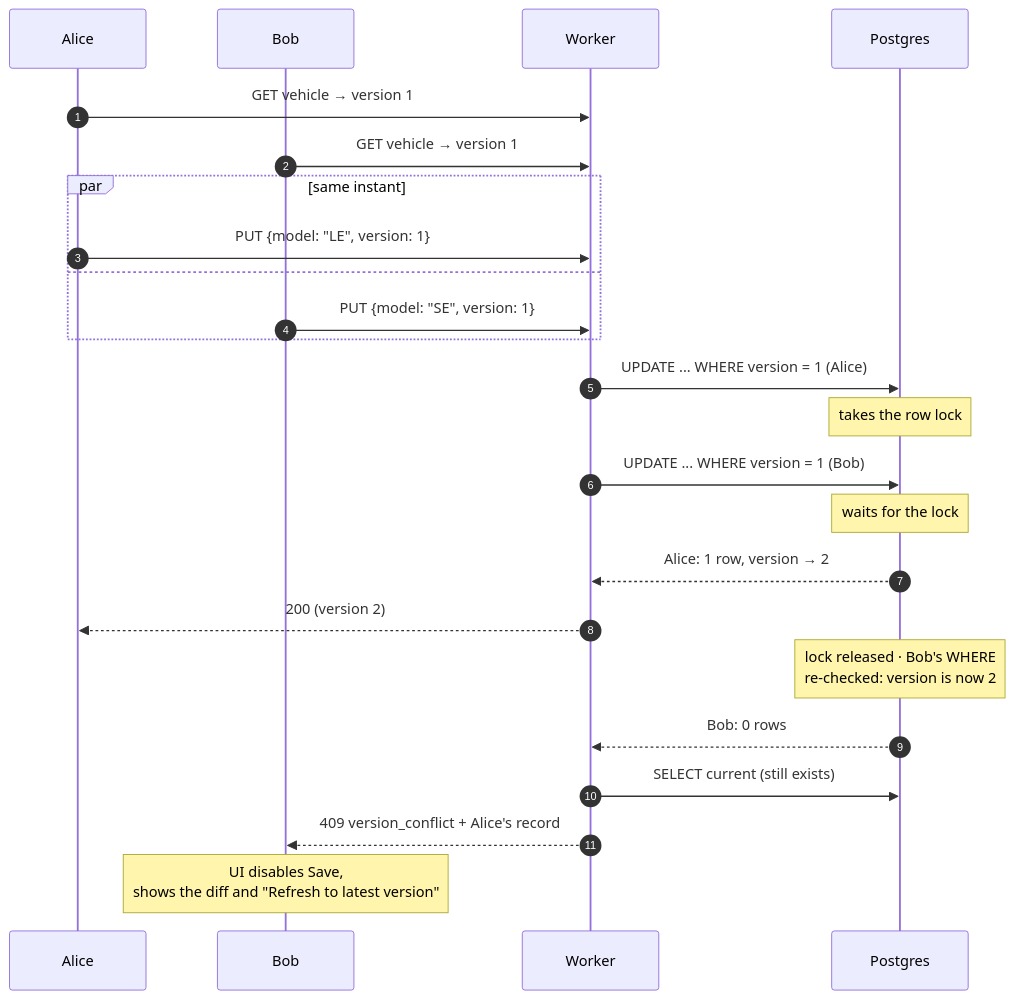
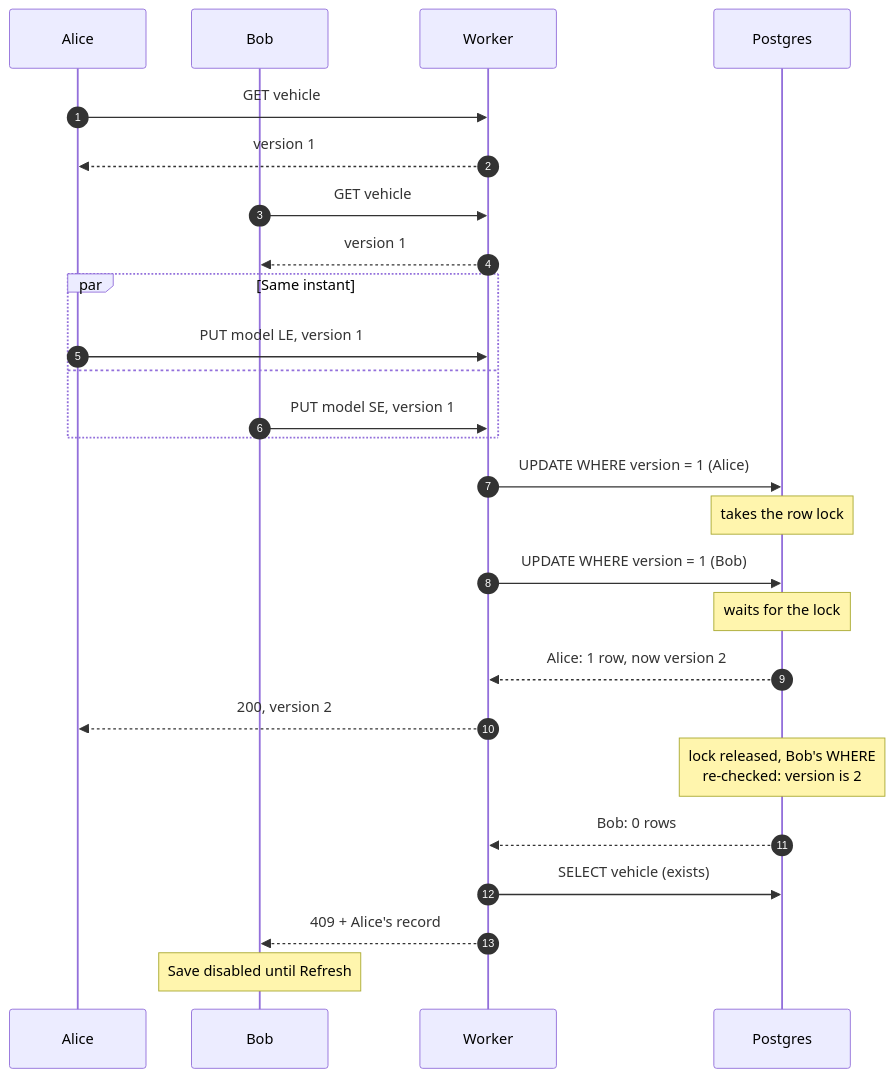
One commit to aneeq178/dealership-inventory changed diagram 11 of 15 in docs/ARCHITECTURE.md. Above: the diagram before and after it, drawn with Mermaid. The commit also changed other lines of this file and 30 other files, not shown here.

````diff
--- a/docs/ARCHITECTURE.md
+++ b/docs/ARCHITECTURE.md
@@ -196,27 +584,29 @@
 ```mermaid
 sequenceDiagram
     autonumber
     participant A as Alice
-    participant Bo as Bob
+    participant B as Bob
     participant W as Worker
     participant PG as Postgres
 
-    A->>W: GET vehicle → version 1
-    Bo->>W: GET vehicle → version 1
-    par same instant
-        A->>W: PUT {model: "LE", version: 1}
+    A->>W: GET vehicle
+    W-->>A: version 1
+    B->>W: GET vehicle
+    W-->>B: version 1
+    par Same instant
+        A->>W: PUT model LE, version 1
     and
-        Bo->>W: PUT {model: "SE", version: 1}
+        B->>W: PUT model SE, version 1
     end
-    W->>PG: UPDATE ... WHERE version = 1 (Alice)
+    W->>PG: UPDATE WHERE version = 1 (Alice)
     Note over PG: takes the row lock
-    W->>PG: UPDATE ... WHERE version = 1 (Bob)
+    W->>PG: UPDATE WHERE version = 1 (Bob)
     Note over PG: waits for the lock
-    PG-->>W: Alice: 1 row, version → 2
-    W-->>A: 200 (version 2)
-    Note over PG: lock released · Bob's WHERE<br/>re-checked: version is now 2
+    PG-->>W: Alice: 1 row, now version 2
+    W-->>A: 200, version 2
+    Note over PG: lock released, Bob's WHERE<br/>re-checked: version is 2
     PG-->>W: Bob: 0 rows
-    W->>PG: SELECT current (still exists)
-    W-->>Bo: 409 version_conflict + Alice's record
-    Note over Bo: UI disables Save,<br/>shows the diff and "Refresh to latest version"
+    W->>PG: SELECT vehicle (exists)
+    W-->>B: 409 + Alice's record
+    Note over B: Save disabled until Refresh
 ```
````
